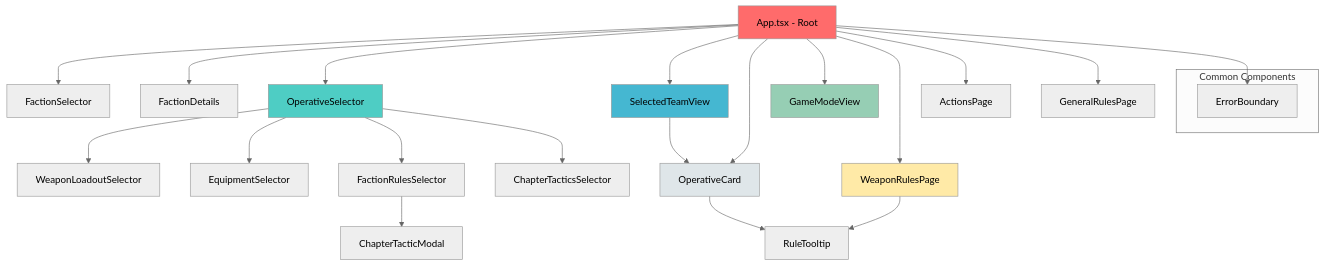
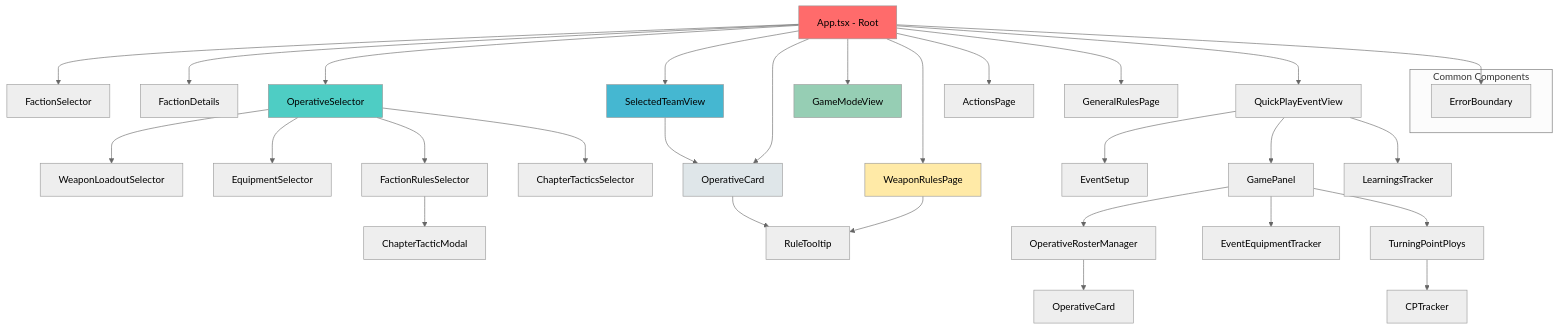
One commit to aaronbridgeman/wh40k-killteamtools changed the second of 6 diagrams in ARCHITECTURE.md. Above: the diagram before and after it, drawn with Mermaid (neutral theme). The commit also changed other lines of this file and 32 other files, not shown here.

Commit message:
feat: Plague Marines Quick Play Event companion (skeleton)

````diff
--- a/ARCHITECTURE.md
+++ b/ARCHITECTURE.md
@@ -69,39 +69,51 @@
 ```mermaid
 graph TD
     App[App.tsx - Root]
 
     App --> FS[FactionSelector]
     App --> FD[FactionDetails]
     App --> OS[OperativeSelector]
     App --> STV[SelectedTeamView]
     App --> OC[OperativeCard]
     App --> GMV[GameModeView]
     App --> WRP[WeaponRulesPage]
     App --> AP[ActionsPage]
     App --> GRP[GeneralRulesPage]
+    App --> QPE[QuickPlayEventView]
+
+    QPE --> ES2[EventSetup]
+    QPE --> GP[GamePanel]
+    QPE --> LT[LearningsTracker]
+
+    GP --> ORM[OperativeRosterManager]
+    GP --> EET[EventEquipmentTracker]
+    GP --> TPP[TurningPointPloys]
+
+    ORM --> OC2[OperativeCard]
+    TPP --> CPT[CPTracker]
 
     OS --> WLS[WeaponLoadoutSelector]
     OS --> ES[EquipmentSelector]
     OS --> FRS[FactionRulesSelector]
     OS --> CTS[ChapterTacticsSelector]
 
     STV --> OC
 
     OC --> RT[RuleTooltip]
     WRP --> RT
 
     FRS --> CTM[ChapterTacticModal]
 
     subgraph "Common Components"
         EB[ErrorBoundary]
     end
 
     App --> EB
 
     style App fill:#ff6b6b
     style OS fill:#4ecdc4
     style STV fill:#45b7d1
     style GMV fill:#96ceb4
     style WRP fill:#ffeaa7
     style OC fill:#dfe6e9
 ```
````
